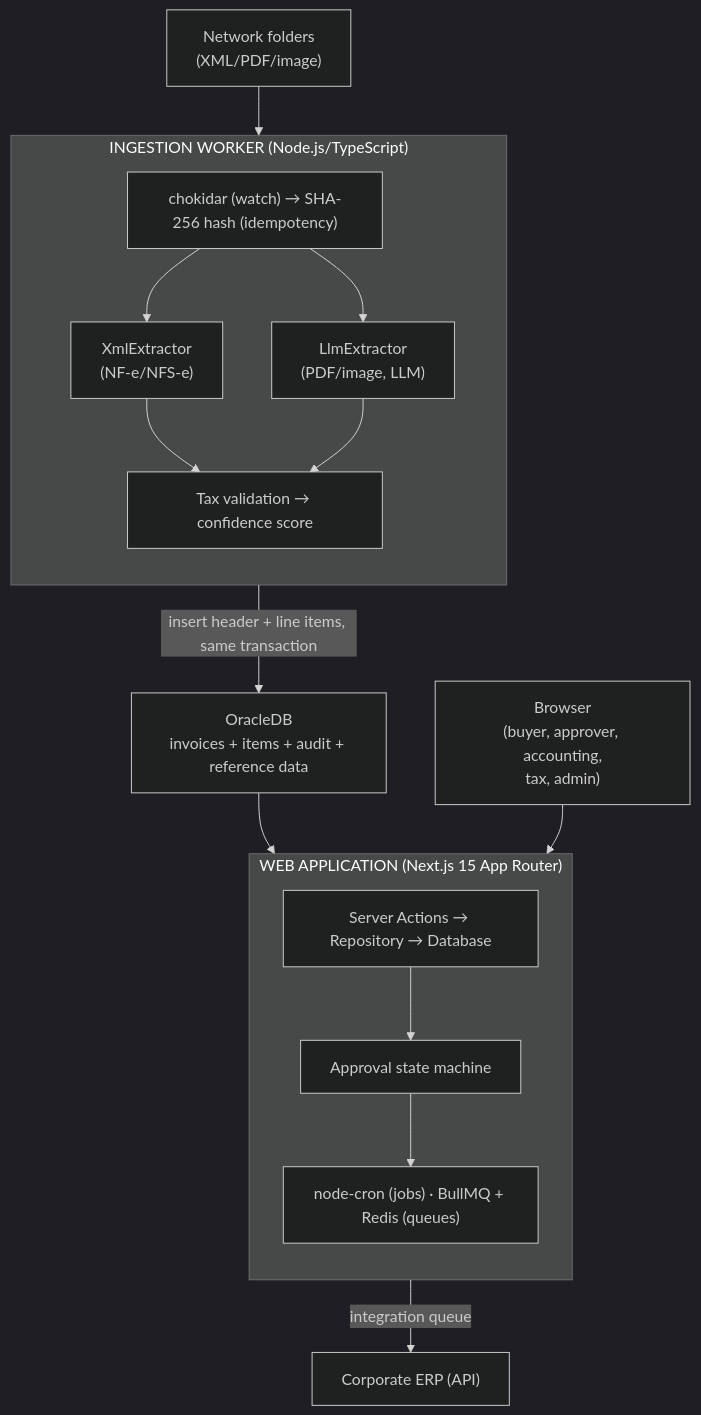
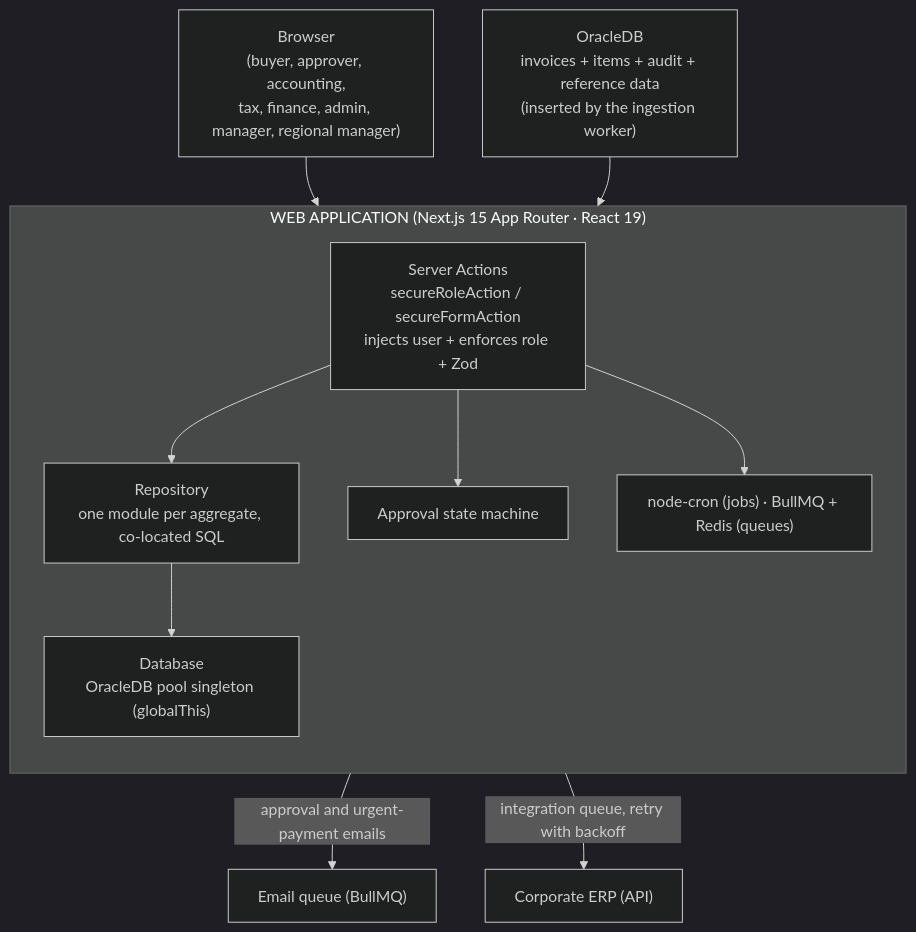
The diagram in public/posts/gestao-de-despesas.en.md (cristiangiehl1/my-website), drawn with Mermaid (dark theme) before and after one commit. The commit also changed other lines of this file and 24 other files, not shown here.

First line of the commit message:
feat(web): split gestão de despesas post, deepen all project posts with real architecture detail

````diff
--- a/public/posts/gestao-de-despesas.en.md
+++ b/public/posts/gestao-de-despesas.en.md
@@ -27,24 +22,18 @@
 ```mermaid
 flowchart TD
-    N["Network folders<br/>(XML/PDF/image)"] --> W1
-    subgraph W["INGESTION WORKER (Node.js/TypeScript)"]
+    U["Browser<br/>(buyer, approver, accounting,<br/>tax, finance, admin, manager, regional manager)"] --> A1
+    subgraph APP["WEB APPLICATION (Next.js 15 App Router · React 19)"]
         direction TB
-        W1["chokidar (watch) → SHA-256 hash (idempotency)"]
-        X["XmlExtractor<br/>(NF-e/NFS-e)"]
-        L["LlmExtractor<br/>(PDF/image, LLM)"]
-        W2["Tax validation → confidence score"]
-        W1 --> X --> W2
-        W1 --> L --> W2
+        A1["Server Actions<br/>secureRoleAction / secureFormAction<br/>injects user + enforces role + Zod"]
+        A2["Repository<br/>one module per aggregate, co-located SQL"]
+        A3["Database<br/>OracleDB pool singleton (globalThis)"]
+        A4["Approval state machine"]
+        A5["node-cron (jobs) · BullMQ + Redis (queues)"]
+        A1 --> A2 --> A3
+        A1 --> A4
+        A1 --> A5
     end
-    W2 -->|insert header + line items, same transaction| DB["OracleDB<br/>invoices + items + audit + reference data"]
-    DB --> A1
-    U["Browser<br/>(buyer, approver, accounting,<br/>tax, admin)"] --> A1
-    subgraph APP["WEB APPLICATION (Next.js 15 App Router)"]
-        direction TB
-        A1["Server Actions → Repository → Database"]
-        A2["Approval state machine"]
-        A3["node-cron (jobs) · BullMQ + Redis (queues)"]
-        A1 --> A2 --> A3
-    end
-    APP -->|integration queue| ERP["Corporate ERP (API)"]
+    DB["OracleDB<br/>invoices + items + audit + reference data<br/>(inserted by the ingestion worker)"] --> A3
+    APP -->|integration queue, retry with backoff| ERP["Corporate ERP (API)"]
+    A5 -->|approval and urgent-payment emails| MAIL["Email queue (BullMQ)"]
 ```
````
